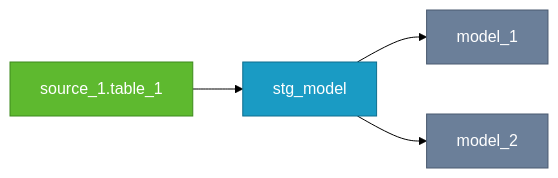
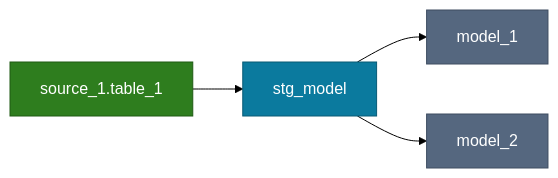
Before and after one commit to dbt-labs/dbt-project-evaluator: diagram 14 of 21 in docs/rules/modeling.md, drawn with Mermaid (forest theme). The commit also changed other lines of this file and 6 other files, not shown here.

Commit message:
Readable Mermaid diagrams in both color schemes; scope the source selection note to dbt check

````diff
--- a/docs/rules/modeling.md
+++ b/docs/rules/modeling.md
@@ -511,13 +511,13 @@
 ```mermaid
 flowchart LR
-    classDef source fill:#5eb92f,stroke:#3d8a1c,color:#fff
-    classDef staging fill:#1a9bc4,stroke:#0e6f8f,color:#fff
-    classDef model fill:#6b7f99,stroke:#4a5a70,color:#fff
+    classDef source fill:#2e7d1e,stroke:#1f5a13,color:#fff
+    classDef staging fill:#0b7a9e,stroke:#085a75,color:#fff
+    classDef model fill:#55677f,stroke:#3e4d61,color:#fff
     source_1_table_1["source_1.table_1"]:::source
     stg_model["stg_model"]:::staging
     model_1["model_1"]:::model
     model_2["model_2"]:::model
     source_1_table_1 --> stg_model
     stg_model --> model_1
     stg_model --> model_2
 ```
````
